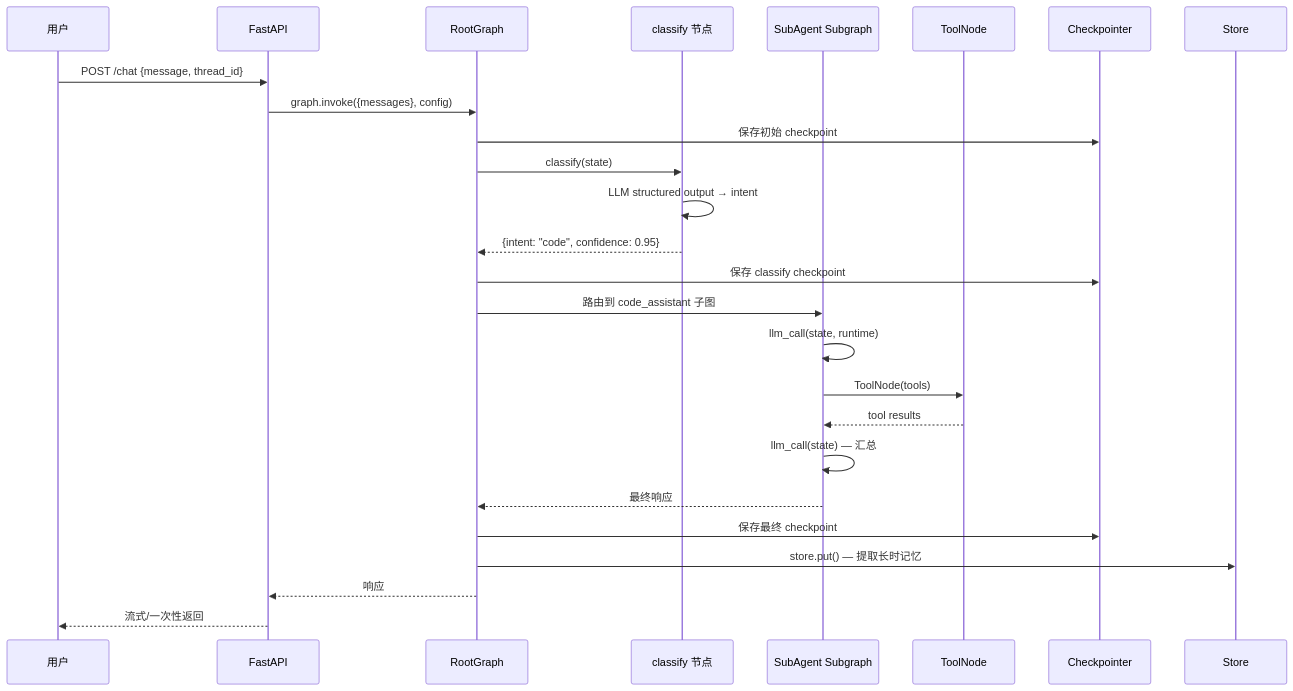
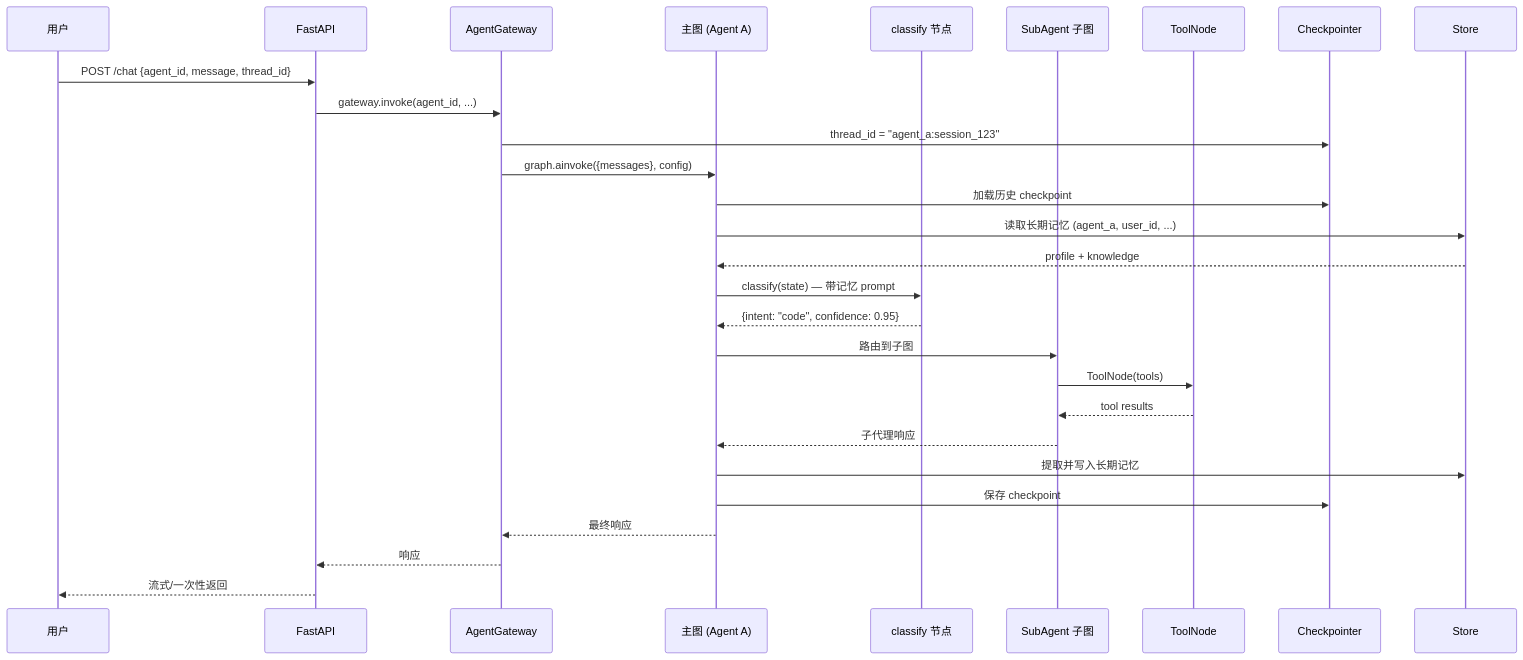
One commit to heelynn/artipivot changed the diagram in doc/ARCHITECTURE.md. Above: the diagram before and after it, drawn with Mermaid. The commit also changed other lines of this file and 2 other files, not shown here.

````diff
--- a/doc/ARCHITECTURE.md
+++ b/doc/ARCHITECTURE.md
@@ -442,33 +487,35 @@
 ```mermaid
 sequenceDiagram
     participant U as 用户
     participant API as FastAPI
-    participant G as RootGraph
+    participant GW as AgentGateway
+    participant G as 主图 (Agent A)
     participant C as classify 节点
-    participant SA as SubAgent Subgraph
+    participant SA as SubAgent 子图
     participant TN as ToolNode
     participant CP as Checkpointer
     participant ST as Store
 
-    U->>API: POST /chat {message, thread_id}
-    API->>G: graph.invoke({messages}, config)
+    U->>API: POST /chat {agent_id, message, thread_id}
+    API->>GW: gateway.invoke(agent_id, ...)
+    GW->>CP: thread_id = "agent_a:session_123"
+    GW->>G: graph.ainvoke({messages}, config)
 
-    G->>CP: 保存初始 checkpoint
-    G->>C: classify(state)
-    C->>C: LLM structured output → intent
+    G->>CP: 加载历史 checkpoint
+    G->>ST: 读取长期记忆 (agent_a, user_id, ...)
+    ST-->>G: profile + knowledge
+
+    G->>C: classify(state) — 带记忆 prompt
     C-->>G: {intent: "code", confidence: 0.95}
 
-    G->>CP: 保存 classify checkpoint
-    G->>SA: 路由到 code_assistant 子图
-
-    SA->>SA: llm_call(state, runtime)
+    G->>SA: 路由到子图
     SA->>TN: ToolNode(tools)
     TN-->>SA: tool results
-    SA->>SA: llm_call(state) — 汇总
-    SA-->>G: 最终响应
+    SA-->>G: 子代理响应
 
-    G->>CP: 保存最终 checkpoint
-    G->>ST: store.put() — 提取长时记忆
-    G-->>API: 响应
+    G->>ST: 提取并写入长期记忆
+    G->>CP: 保存 checkpoint
+    G-->>GW: 最终响应
+    GW-->>API: 响应
     API-->>U: 流式/一次性返回
 ```
````
